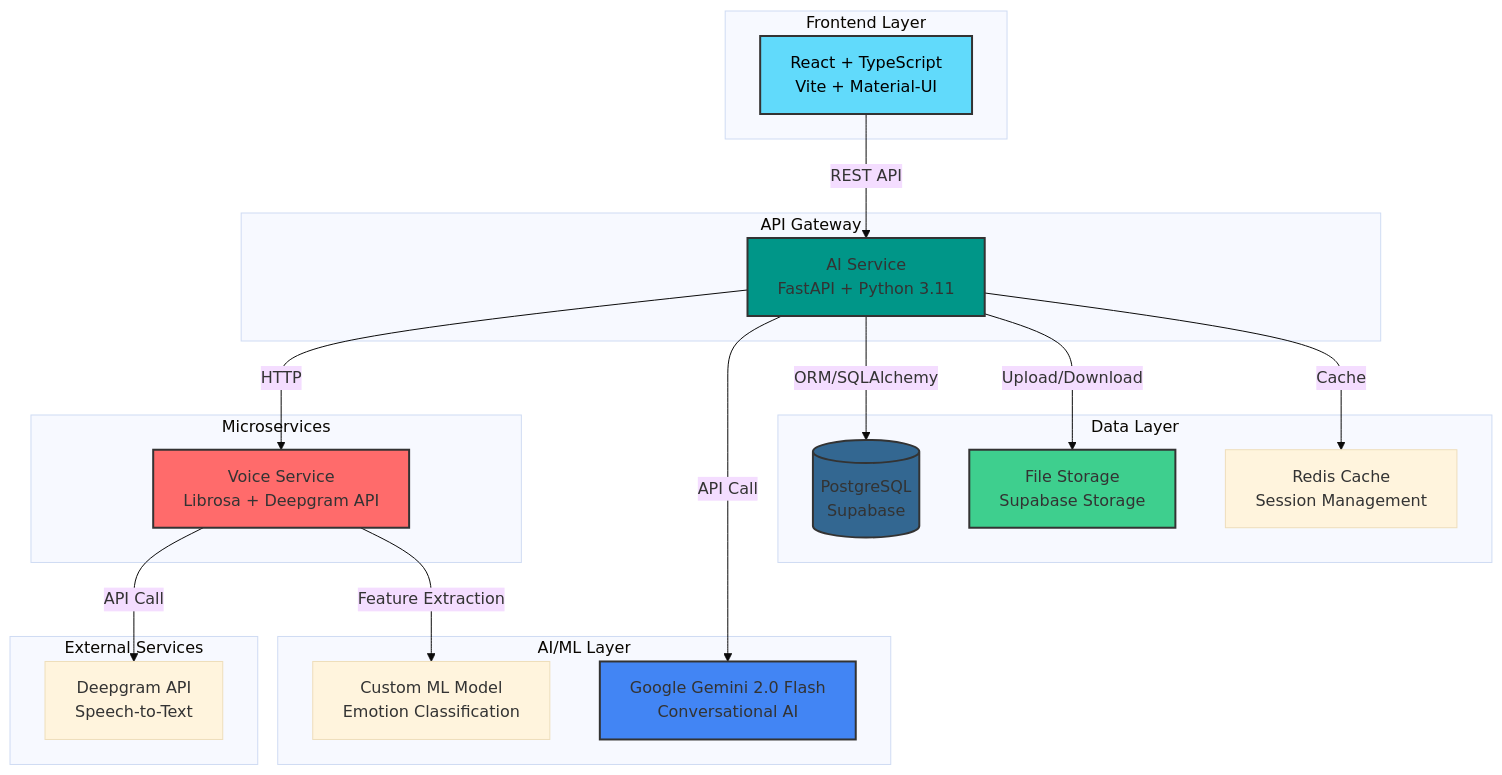
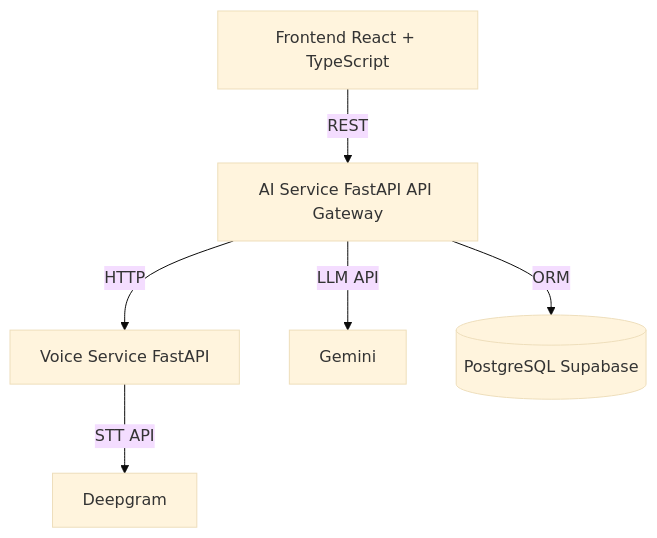
The first of 2 diagrams in README.md (thhieu2904/ai4mind-app), drawn with Mermaid (base theme) before and after one commit. The commit also changed other lines of this file and 15 other files, not shown here.

````diff
--- a/README.md
+++ b/README.md
@@ -174,45 +44,8 @@
 ```mermaid
-graph TB
-    subgraph "Frontend Layer"
-        FE[React + TypeScript<br/>Vite + Material-UI]
-    end
-
-    subgraph "API Gateway"
-        AG[AI Service<br/>FastAPI + Python 3.11]
-    end
-
-    subgraph "Microservices"
-        VS[Voice Service<br/>Librosa + Deepgram API]
-    end
-
-    subgraph "AI/ML Layer"
-        GEMINI[Google Gemini 2.0 Flash<br/>Conversational AI]
-        ML[Custom ML Model<br/>Emotion Classification]
-    end
-
-    subgraph "Data Layer"
-        DB[(PostgreSQL<br/>Supabase)]
-        STORAGE[File Storage<br/>Supabase Storage]
-        CACHE[Redis Cache<br/>Session Management]
-    end
-
-    subgraph "External Services"
-        DG[Deepgram API<br/>Speech-to-Text]
-    end
-
-    FE -->|REST API| AG
-    AG -->|HTTP| VS
-    AG -->|API Call| GEMINI
-    VS -->|API Call| DG
-    VS -->|Feature Extraction| ML
-    AG -->|ORM/SQLAlchemy| DB
-    AG -->|Upload/Download| STORAGE
-    AG -->|Cache| CACHE
-
-    style FE fill:#61dafb,stroke:#333,stroke-width:2px,color:#000
-    style AG fill:#009688,stroke:#333,stroke-width:2px
-    style VS fill:#FF6B6B,stroke:#333,stroke-width:2px
-    style GEMINI fill:#4285F4,stroke:#333,stroke-width:2px
-    style DB fill:#336791,stroke:#333,stroke-width:2px
-    style STORAGE fill:#3ECF8E,stroke:#333,stroke-width:2px
+graph TD
+    FE[Frontend React + TypeScript] -->|REST| AG[AI Service FastAPI API Gateway]
+    AG -->|HTTP| VS[Voice Service FastAPI]
+    AG -->|LLM API| GM[Gemini]
+    VS -->|STT API| DG[Deepgram]
+    AG -->|ORM| DB[(PostgreSQL Supabase)]
 ```
````
